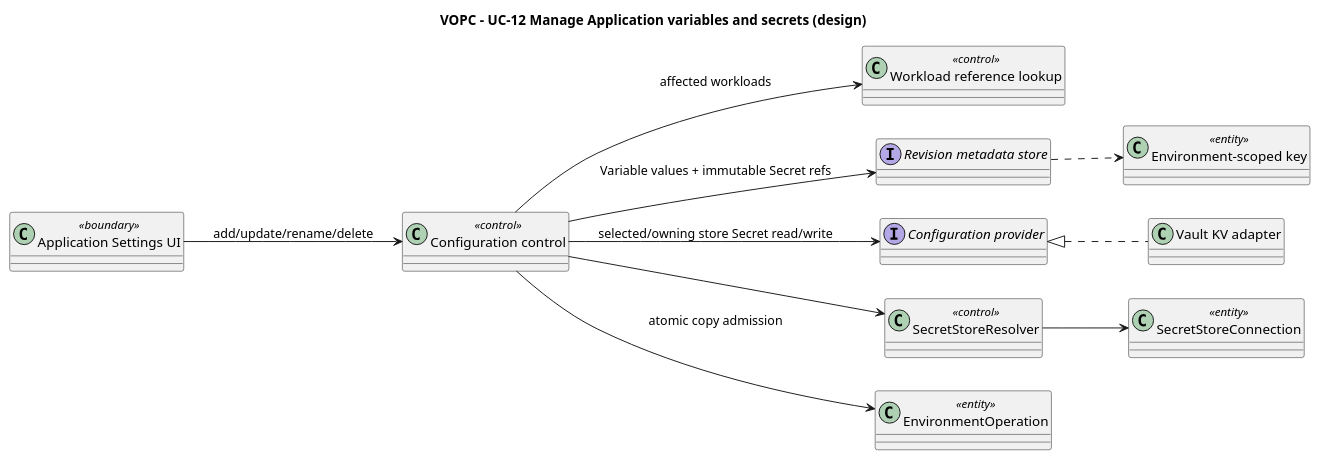
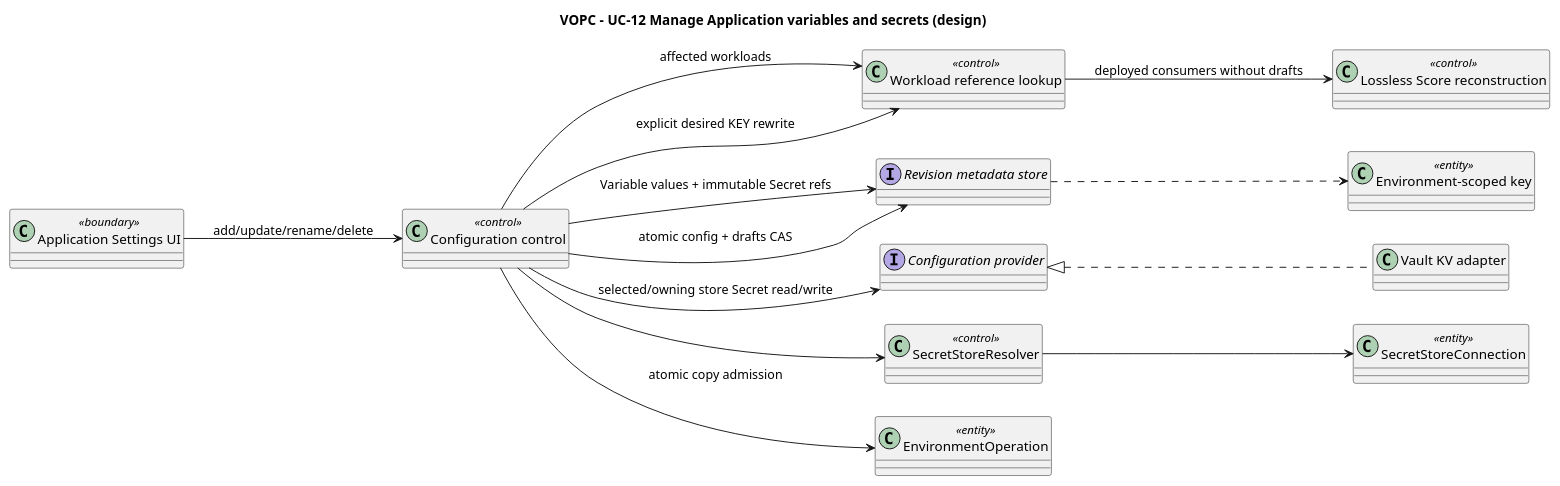
The diagram in orchestrator_docs/usecase/UC-12/vopc.puml (pr3s3nt/poc), drawn with PlantUML before and after one commit. The commit also changed 56 other files, not shown here.

Commit message:
T30: rename keys with atomic desired reference updates

```diff
--- a/orchestrator_docs/usecase/UC-12/vopc.puml
+++ b/orchestrator_docs/usecase/UC-12/vopc.puml
@@ -1,25 +1,29 @@
 @startuml
 title VOPC - UC-12 Manage Application variables and secrets (design)
 left to right direction
 skinparam classAttributeIconSize 0
 class "Application Settings UI" as UI <<boundary>>
 class "Configuration control" as Config <<control>>
 class "Workload reference lookup" as Refs <<control>>
 class "Environment-scoped key" as Key <<entity>>
 interface "Revision metadata store" as Store
 interface "Configuration provider" as Provider
 class "Vault KV adapter" as Vault
 
 UI --> Config : add/update/rename/delete
 Config --> Refs : affected workloads
 Config --> Store : Variable values + immutable Secret refs
+Config --> Refs : explicit desired KEY rewrite
+class "Lossless Score reconstruction" as Rebuild <<control>>
+Refs --> Rebuild : deployed consumers without drafts
+Config --> Store : atomic config + drafts CAS
 Config --> Provider : selected/owning store Secret read/write
 Provider <|.. Vault
 Store ..> Key
 class SecretStoreResolver <<control>>
 class SecretStoreConnection <<entity>>
 class EnvironmentOperation <<entity>>
 Config --> SecretStoreResolver
 SecretStoreResolver --> SecretStoreConnection
 Config --> EnvironmentOperation : atomic copy admission
 @enduml
```
